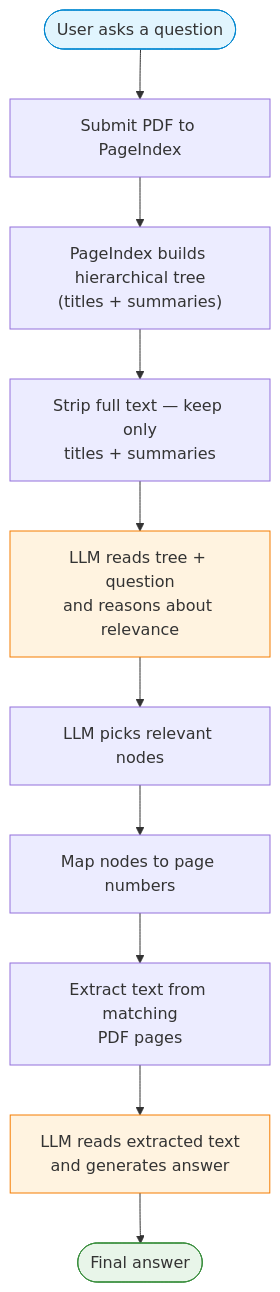
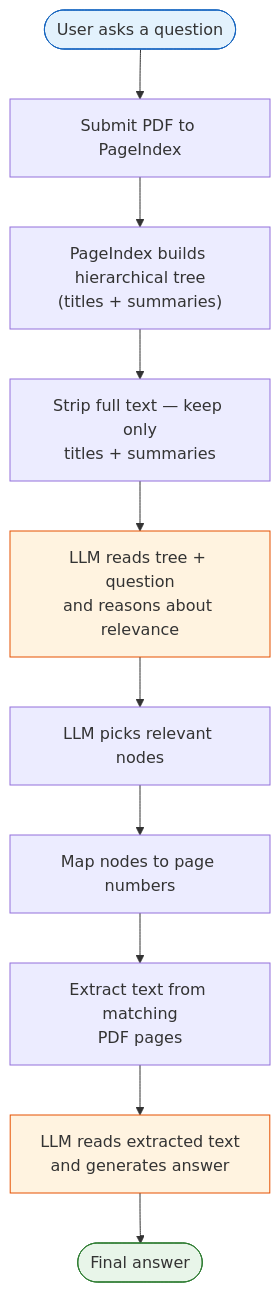
Before and after one commit to AyushSinghRana15/Vectorless-RAG: the diagram in lab1/lab1_vectorless_rag.md, drawn with Mermaid. The commit also changed 1 other file, not shown here.

Commit message:
Standardize Mermaid diagram colors across both labs

````diff
--- a/lab1/lab1_vectorless_rag.md
+++ b/lab1/lab1_vectorless_rag.md
@@ -44,17 +44,17 @@
 ```mermaid
 flowchart TD
     A(["User asks a question"]) --> B["Submit PDF to PageIndex"]
     B --> C["PageIndex builds hierarchical tree\n(titles + summaries)"]
     C --> D["Strip full text — keep only\ntitles + summaries"]
     D --> E["LLM reads tree + question\nand reasons about relevance"]
     E --> F["LLM picks relevant nodes"]
     F --> G["Map nodes to page numbers"]
     G --> H["Extract text from matching\nPDF pages"]
     H --> I["LLM reads extracted text\nand generates answer"]
     I --> J(["Final answer"])
 
-    style A fill:#e1f5fe,stroke:#0288d1
-    style J fill:#e8f5e9,stroke:#388e3c
-    style E fill:#fff3e0,stroke:#f57c00
-    style I fill:#fff3e0,stroke:#f57c00
+    style A fill:#e3f2fd,stroke:#1565c0
+    style J fill:#e8f5e9,stroke:#2e7d32
+    style E fill:#fff3e0,stroke:#e65100
+    style I fill:#fff3e0,stroke:#e65100
 ```
````
